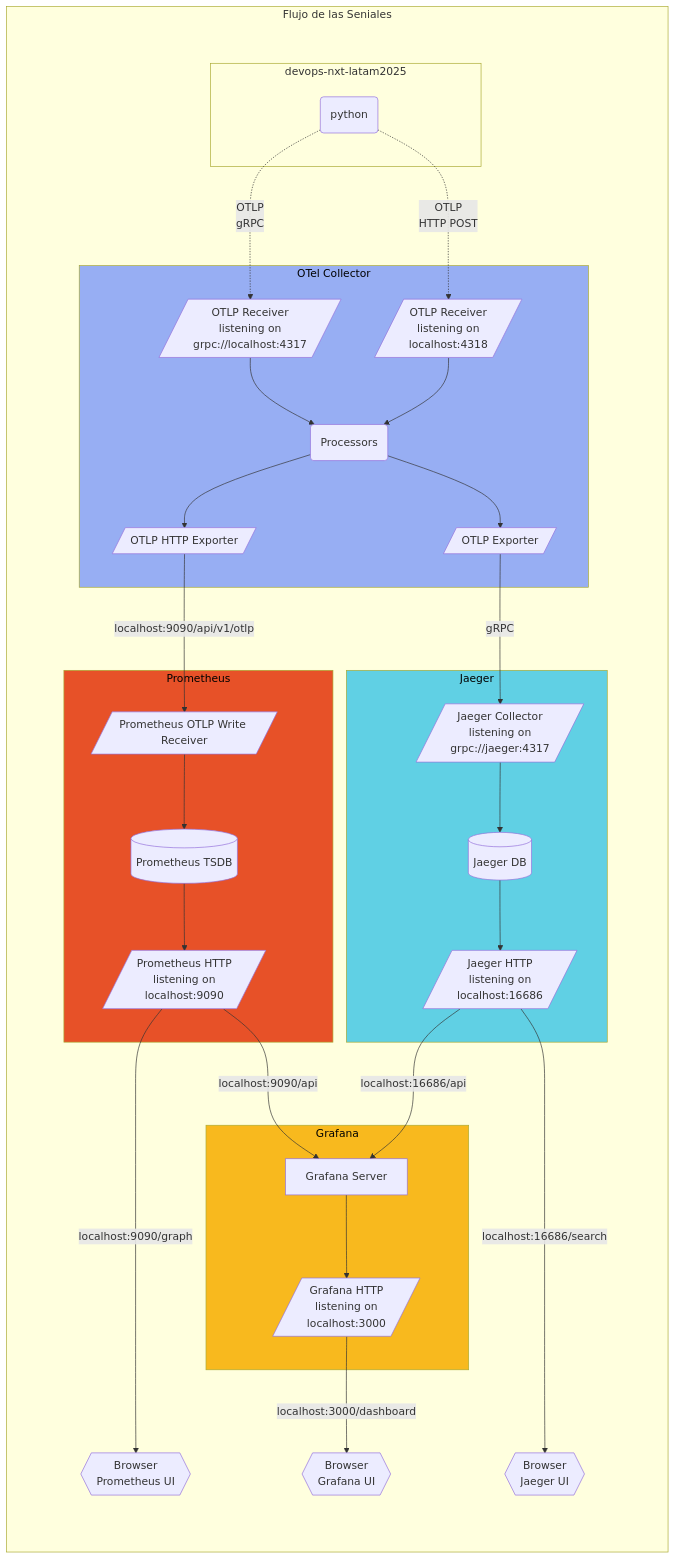
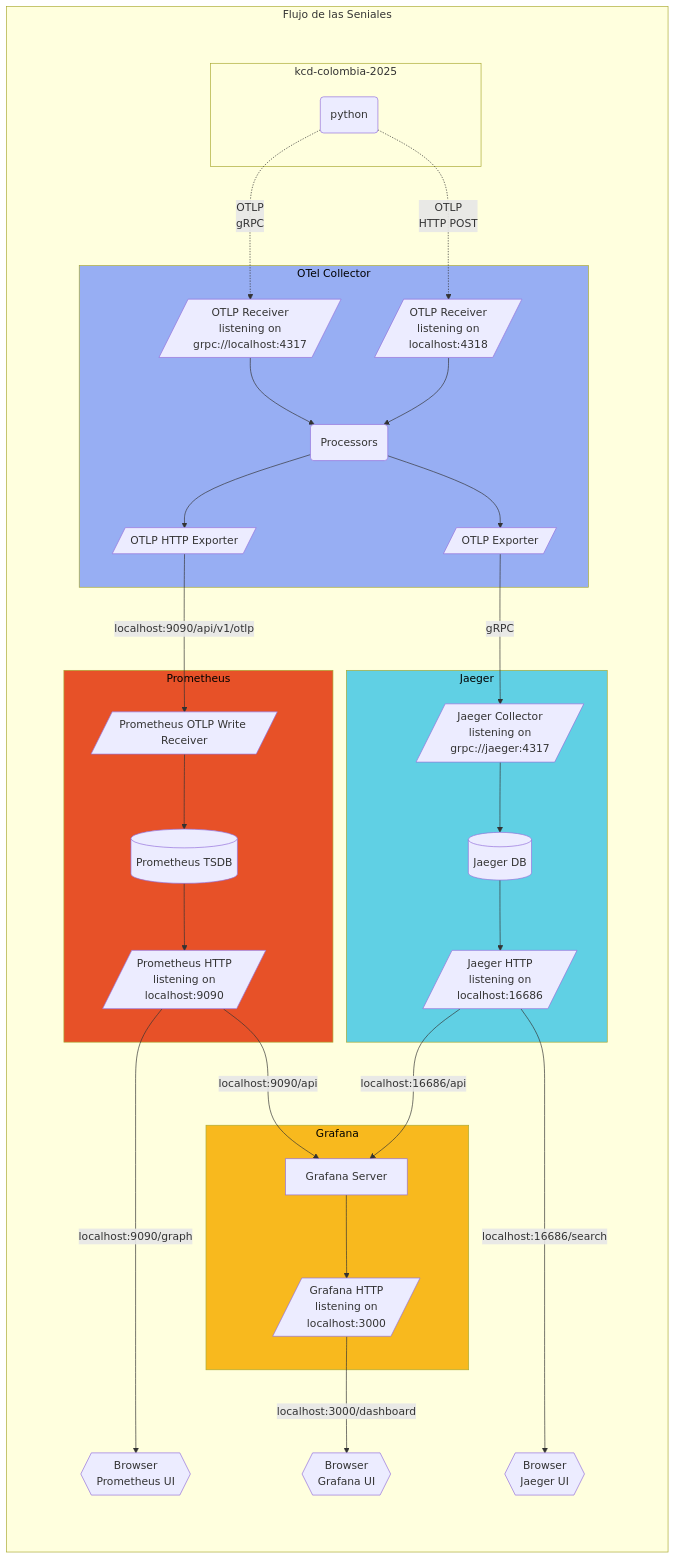
One commit to jthan24/kcd-workshop2025-observabilidad changed the diagram in README.md. Above: the diagram before and after it, drawn with Mermaid.

Commit message:
:fire: KCD-00: Workshop

````diff
--- a/README.md
+++ b/README.md
@@ -11,73 +11,73 @@
 ```mermaid
 graph TB
 subgraph tdf[Flujo de las Seniales]
     subgraph subgraph_padding [ ]
         style subgraph_padding fill:none,stroke:none;
         %% padding to stop the titles clashing
-        subgraph od[devops-nxt-latam2025]
+        subgraph od[kcd-colombia-2025]
         ms(python)
         end
 
         ms -.->|"OTLP<br/>gRPC"| oc-grpc
         ms -.->|"OTLP<br/>HTTP POST"| oc-http
 
         subgraph oc[OTel Collector]
             style oc fill:#97aef3,color:black;
             oc-grpc[/"OTLP Receiver<br/>listening on<br/>grpc://localhost:4317"/]
             oc-http[/"OTLP Receiver<br/>listening on <br/>localhost:4318<br/>"/]
             oc-proc(Processors)
             oc-prom[/"OTLP HTTP Exporter"/]
             oc-otlp[/"OTLP Exporter"/]
 
             oc-grpc --> oc-proc
             oc-http --> oc-proc
 
             oc-proc --> oc-prom
             oc-proc --> oc-otlp
         end
 
         oc-prom -->|"localhost:9090/api/v1/otlp"| pr-sc
         oc-otlp -->|gRPC| ja-col
 
         subgraph pr[Prometheus]
             style pr fill:#e75128,color:black;
             pr-sc[/"Prometheus OTLP Write Receiver"/]
             pr-tsdb[(Prometheus TSDB)]
             pr-http[/"Prometheus HTTP<br/>listening on<br/>localhost:9090"/]
 
             pr-sc --> pr-tsdb
             pr-tsdb --> pr-http
         end
 
         pr-b{{"Browser<br/>Prometheus UI"}}
         pr-http ---->|"localhost:9090/graph"| pr-b
 
         subgraph ja[Jaeger]
             style ja fill:#60d0e4,color:black;
             ja-col[/"Jaeger Collector<br/>listening on<br/>grpc://jaeger:4317"/]
             ja-db[(Jaeger DB)]
             ja-http[/"Jaeger HTTP<br/>listening on<br/>localhost:16686"/]
 
             ja-col --> ja-db
             ja-db --> ja-http
         end
 
         subgraph gr[Grafana]
             style gr fill:#f8b91e,color:black;
             gr-srv["Grafana Server"]
             gr-http[/"Grafana HTTP<br/>listening on<br/>localhost:3000"/]
 
             gr-srv --> gr-http
         end
 
         pr-http --> |"localhost:9090/api"| gr-srv
         ja-http --> |"localhost:16686/api"| gr-srv
 
         ja-b{{"Browser<br/>Jaeger UI"}}
         ja-http ---->|"localhost:16686/search"| ja-b
 
         gr-b{{"Browser<br/>Grafana UI"}}
         gr-http -->|"localhost:3000/dashboard"| gr-b
     end
 end
 ```
````
